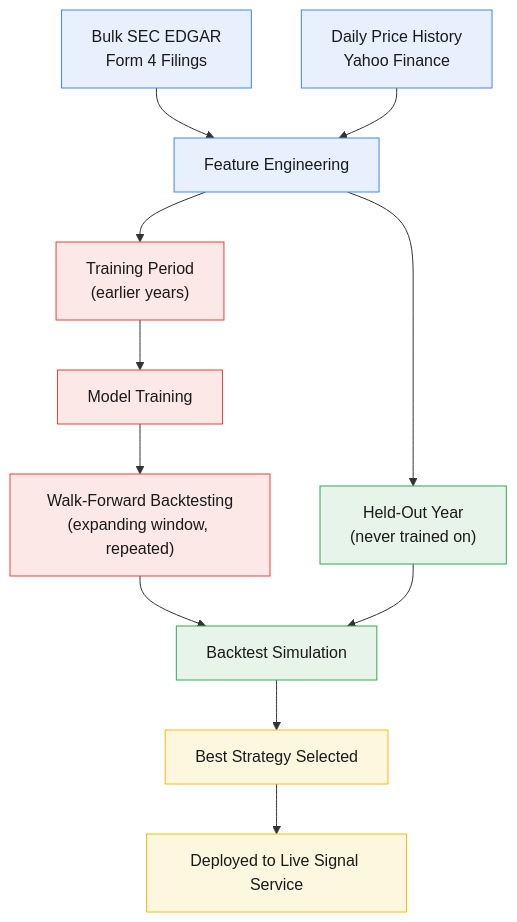
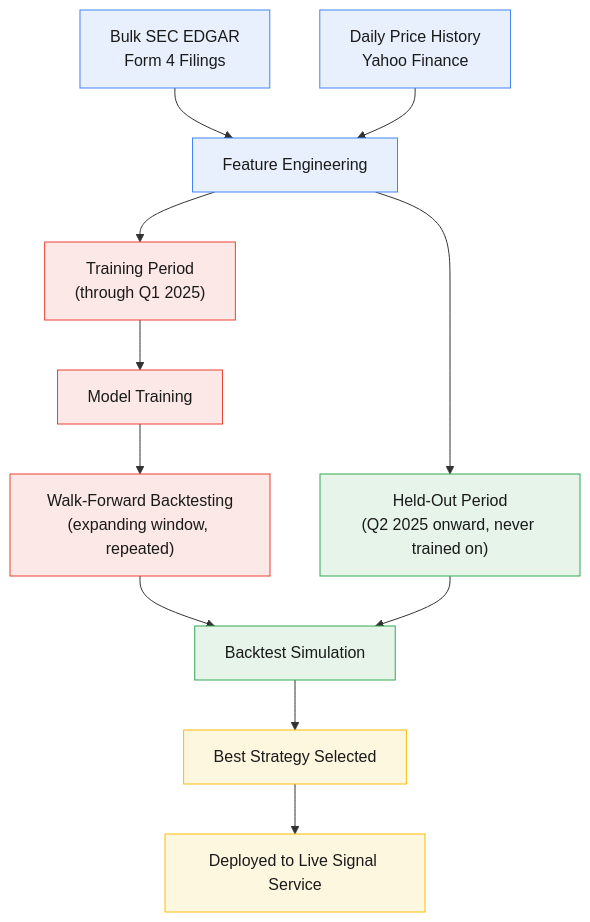
Before and after one commit to MilesOberting/form4-insider-signals-showcase: the second of 2 diagrams in README.md, drawn with Mermaid. The commit also changed other lines of this file and 1 other file, not shown here.

First line of the commit message:
Correct the train/held-out split description to match the actual code

````diff
--- a/README.md
+++ b/README.md
@@ -38,25 +38,25 @@
 ```mermaid
 flowchart TD
     D1[Bulk SEC EDGAR<br/>Form 4 Filings] --> FE[Feature Engineering]
     D2[Daily Price History<br/>Yahoo Finance] --> FE
 
-    FE --> TRAIN["Training Period<br/>(earlier years)"]
-    FE --> HOLD["Held-Out Year<br/>(never trained on)"]
+    FE --> TRAIN["Training Period<br/>(through Q1 2025)"]
+    FE --> HOLD["Held-Out Period<br/>(Q2 2025 onward, never trained on)"]
 
     TRAIN --> MODEL[Model Training]
     MODEL --> WF["Walk-Forward Backtesting<br/>(expanding window, repeated)"]
 
     WF --> BT[Backtest Simulation]
     HOLD --> BT
     BT --> BEST[Best Strategy Selected]
     BEST --> LIVE[Deployed to Live Signal Service]
 
     classDef data fill:#e8f0fe,stroke:#4285f4,color:#1a1a1a;
     classDef train fill:#fce8e6,stroke:#ea4335,color:#1a1a1a;
     classDef val fill:#e6f4ea,stroke:#34a853,color:#1a1a1a;
     classDef out fill:#fef7e0,stroke:#fbbc04,color:#1a1a1a;
     class D1,D2,FE data;
     class TRAIN,MODEL,WF train;
     class HOLD,BT val;
     class BEST,LIVE out;
 ```
````
